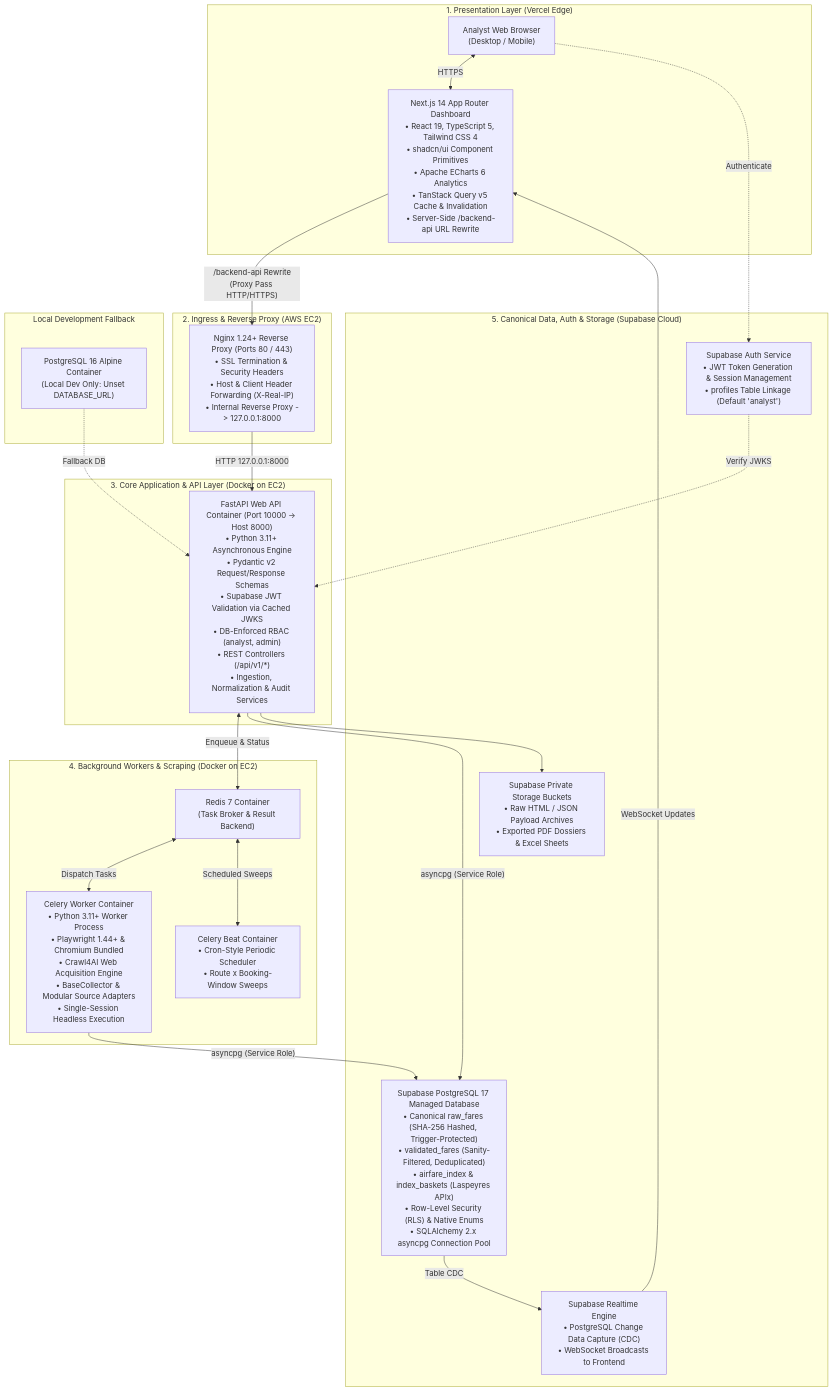
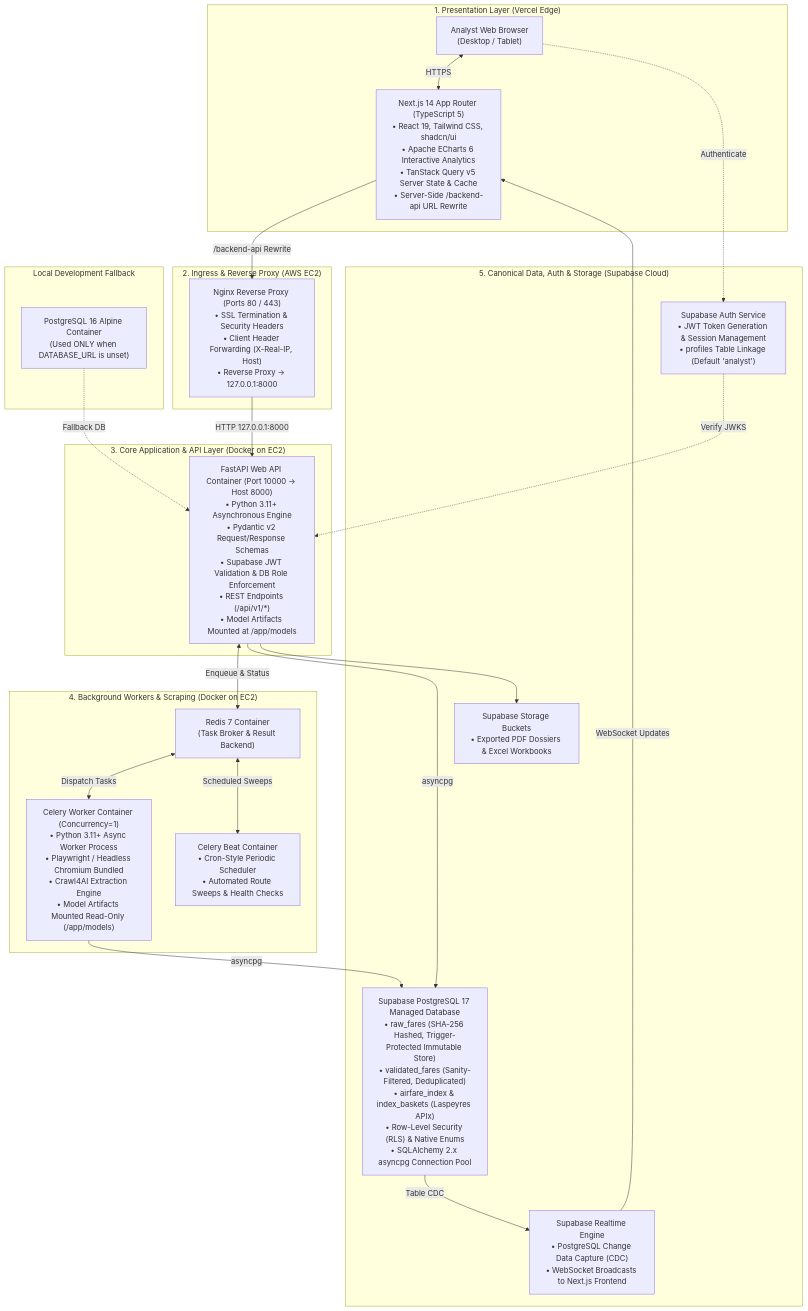
Before and after one commit to DebadritNag/SIH56: the first of 3 diagrams in README.md, drawn with Mermaid. The commit also changed other lines of this file, not shown here.

````diff
--- a/README.md
+++ b/README.md
@@ -35,47 +102,47 @@
 ```mermaid
 flowchart TB
     subgraph Tier1["1. Presentation Layer (Vercel Edge)"]
-        Browser["Analyst Web Browser\n(Desktop / Mobile)"]
-        NextJS["Next.js 14 App Router Dashboard\n• React 19, TypeScript 5, Tailwind CSS 4\n• shadcn/ui Component Primitives\n• Apache ECharts 6 Analytics\n• TanStack Query v5 Cache & Invalidation\n• Server-Side /backend-api URL Rewrite"]
+        Browser["Analyst Web Browser\n(Desktop / Tablet)"]
+        NextJS["Next.js 14 App Router (TypeScript 5)\n• React 19, Tailwind CSS, shadcn/ui\n• Apache ECharts 6 Interactive Analytics\n• TanStack Query v5 Server State & Cache\n• Server-Side /backend-api URL Rewrite"]
         Browser <-->|"HTTPS"| NextJS
     end
 
     subgraph Tier2["2. Ingress & Reverse Proxy (AWS EC2)"]
-        Nginx["Nginx 1.24+ Reverse Proxy (Ports 80 / 443)\n• SSL Termination & Security Headers\n• Host & Client Header Forwarding (X-Real-IP)\n• Internal Reverse Proxy -> 127.0.0.1:8000"]
-        NextJS -->|"/backend-api Rewrite\n(Proxy Pass HTTP/HTTPS)"| Nginx
+        Nginx["Nginx Reverse Proxy (Ports 80 / 443)\n• SSL Termination & Security Headers\n• Client Header Forwarding (X-Real-IP, Host)\n• Reverse Proxy -> 127.0.0.1:8000"]
+        NextJS -->|"/backend-api Rewrite"| Nginx
     end
 
     subgraph Tier3["3. Core Application & API Layer (Docker on EC2)"]
-        FastAPI["FastAPI Web API Container (Port 10000 -> Host 8000)\n• Python 3.11+ Asynchronous Engine\n• Pydantic v2 Request/Response Schemas\n• Supabase JWT Validation via Cached JWKS\n• DB-Enforced RBAC (analyst, admin)\n• REST Controllers (/api/v1/*)\n• Ingestion, Normalization & Audit Services"]
+        FastAPI["FastAPI Web API Container (Port 10000 -> Host 8000)\n• Python 3.11+ Asynchronous Engine\n• Pydantic v2 Request/Response Schemas\n• Supabase JWT Validation & DB Role Enforcement\n• REST Endpoints (/api/v1/*)\n• Model Artifacts Mounted at /app/models"]
         Nginx -->|"HTTP 127.0.0.1:8000"| FastAPI
     end
 
     subgraph Tier4["4. Background Workers & Scraping (Docker on EC2)"]
         Redis["Redis 7 Container\n(Task Broker & Result Backend)"]
-        Worker["Celery Worker Container\n• Python 3.11+ Worker Process\n• Playwright 1.44+ & Chromium Bundled\n• Crawl4AI Web Acquisition Engine\n• BaseCollector & Modular Source Adapters\n• Single-Session Headless Execution"]
-        Beat["Celery Beat Container\n• Cron-Style Periodic Scheduler\n• Route x Booking-Window Sweeps"]
+        Worker["Celery Worker Container (Concurrency=1)\n• Python 3.11+ Async Worker Process\n• Playwright / Headless Chromium Bundled\n• Crawl4AI Extraction Engine\n• Model Artifacts Mounted Read-Only (/app/models)"]
+        Beat["Celery Beat Container\n• Cron-Style Periodic Scheduler\n• Automated Route Sweeps & Health Checks"]
         
         FastAPI <-->|"Enqueue & Status"| Redis
         Redis <-->|"Dispatch Tasks"| Worker
         Redis <-->|"Scheduled Sweeps"| Beat
     end
 
     subgraph Tier5["5. Canonical Data, Auth & Storage (Supabase Cloud)"]
-        Postgres["Supabase PostgreSQL 17 Managed Database\n• Canonical raw_fares (SHA-256 Hashed, Trigger-Protected)\n• validated_fares (Sanity-Filtered, Deduplicated)\n• airfare_index & index_baskets (Laspeyres APIx)\n• Row-Level Security (RLS) & Native Enums\n• SQLAlchemy 2.x asyncpg Connection Pool"]
+        Postgres["Supabase PostgreSQL 17 Managed Database\n• raw_fares (SHA-256 Hashed, Trigger-Protected Immutable Store)\n• validated_fares (Sanity-Filtered, Deduplicated)\n• airfare_index & index_baskets (Laspeyres APIx)\n• Row-Level Security (RLS) & Native Enums\n• SQLAlchemy 2.x asyncpg Connection Pool"]
         Auth["Supabase Auth Service\n• JWT Token Generation & Session Management\n• profiles Table Linkage (Default 'analyst')"]
-        Realtime["Supabase Realtime Engine\n• PostgreSQL Change Data Capture (CDC)\n• WebSocket Broadcasts to Frontend"]
-        Storage["Supabase Private Storage Buckets\n• Raw HTML / JSON Payload Archives\n• Exported PDF Dossiers & Excel Sheets"]
+        Realtime["Supabase Realtime Engine\n• PostgreSQL Change Data Capture (CDC)\n• WebSocket Broadcasts to Next.js Frontend"]
+        Storage["Supabase Storage Buckets\n• Exported PDF Dossiers & Excel Workbooks"]
         
-        FastAPI -->|"asyncpg (Service Role)"| Postgres
-        Worker -->|"asyncpg (Service Role)"| Postgres
+        FastAPI -->|"asyncpg"| Postgres
+        Worker -->|"asyncpg"| Postgres
         FastAPI --> Storage
         Browser -.->|"Authenticate"| Auth
         Auth -.->|"Verify JWKS"| FastAPI
         Postgres -->|"Table CDC"| Realtime
         Realtime -->|"WebSocket Updates"| NextJS
     end
 
     subgraph LocalDev["Local Development Fallback"]
-        LocalPG["PostgreSQL 16 Alpine Container\n(Local Dev Only: Unset DATABASE_URL)"] -.->|"Fallback DB"| FastAPI
+        LocalPG["PostgreSQL 16 Alpine Container\n(Used ONLY when DATABASE_URL is unset)"] -.->|"Fallback DB"| FastAPI
     end
 ```
````
